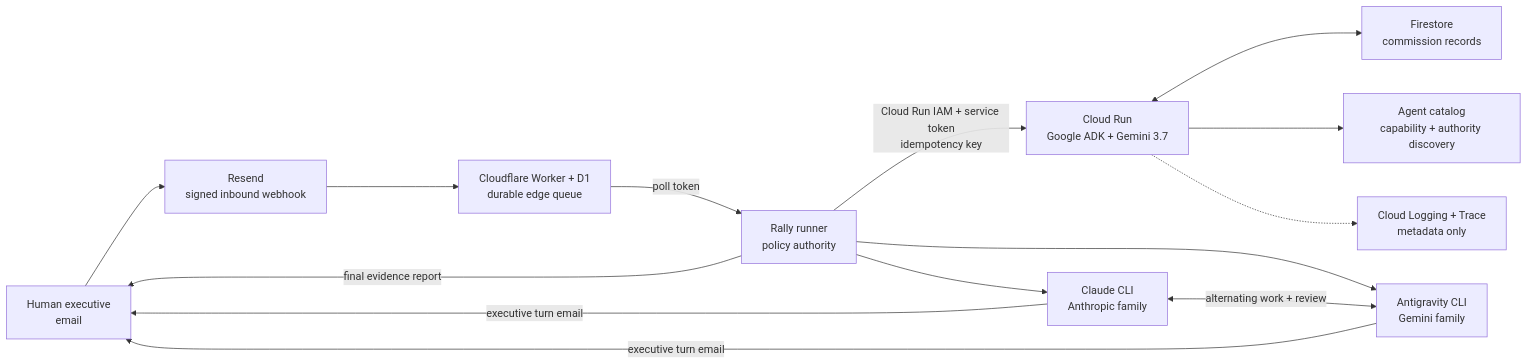
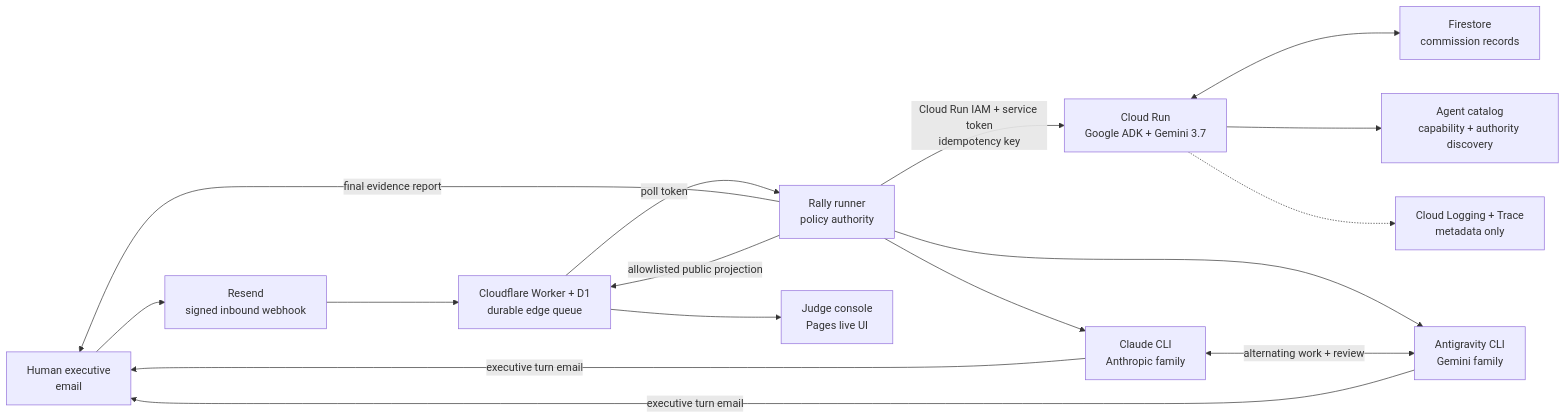
Before and after one commit to Agent9AI/rally: the diagram in docs/ARCHITECTURE.md, drawn with Mermaid. The commit also changed other lines of this file and 24 other files, not shown here.

````diff
--- a/docs/ARCHITECTURE.md
+++ b/docs/ARCHITECTURE.md
@@ -7,16 +7,18 @@
 ```mermaid
 flowchart LR
     H["Human executive<br/>email"] --> R["Resend<br/>signed inbound webhook"]
     R --> W["Cloudflare Worker + D1<br/>durable edge queue"]
     W -->|"poll token"| L["Rally runner<br/>policy authority"]
     L -->|"Cloud Run IAM + service token<br/>idempotency key"| C["Cloud Run<br/>Google ADK + Gemini 3.7"]
     C <--> F["Firestore<br/>commission records"]
     C --> K["Agent catalog<br/>capability + authority discovery"]
     C -.-> T["Cloud Logging + Trace<br/>metadata only"]
     L --> A["Claude CLI<br/>Anthropic family"]
     L --> G["Antigravity CLI<br/>Gemini family"]
     A <-->|"alternating work + review"| G
     A -->|"executive turn email"| H
     G -->|"executive turn email"| H
     L -->|"final evidence report"| H
+    L -->|"allowlisted public projection"| W
+    W --> D["Judge console<br/>Pages live UI"]
 ```
````
